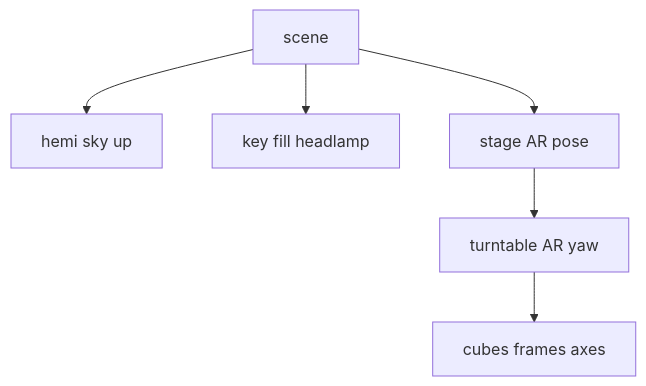
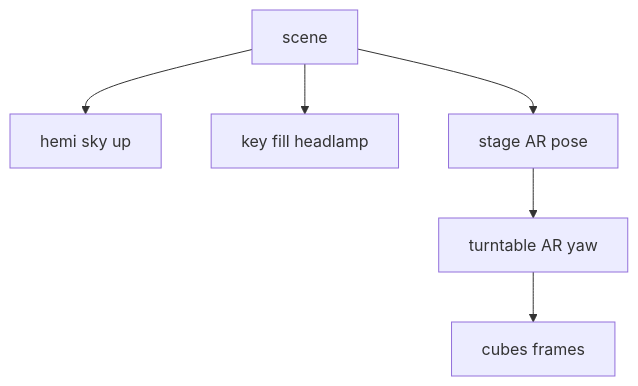
Before and after one commit to PiMaV/DONNER: diagram 16 of 27 in architecture.md, drawn with Mermaid. The commit also changed other lines of this file and 22 other files, not shown here.

````diff
--- a/architecture.md
+++ b/architecture.md
@@ -414,14 +452,14 @@
 ```mermaid
 flowchart TB
   scene[scene]
   hemi[hemi sky up]
   lights[key fill headlamp]
   stage[stage AR pose]
   turntable[turntable AR yaw]
-  vol[cubes frames axes]
+  vol[cubes frames]
   scene --> hemi
   scene --> lights
   scene --> stage
   stage --> turntable
   turntable --> vol
 ```
````
